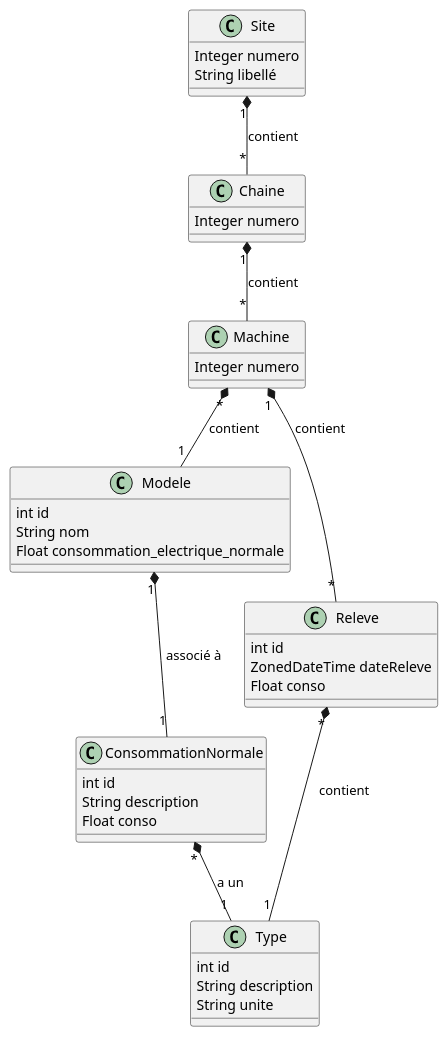
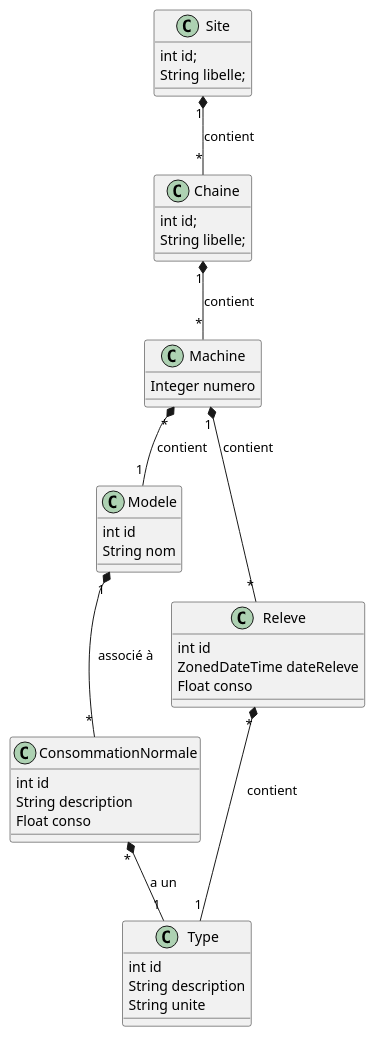
The diagram in schemas/diagramme_classes.wsd (AlexGit2019/WorkshopI2), drawn with PlantUML before and after one commit. The commit also changed 11 other files, not shown here.

```diff
--- a/schemas/diagramme_classes.wsd
+++ b/schemas/diagramme_classes.wsd
@@ -1,40 +1,40 @@
 @startuml
 class Site {
-  Integer numero
-  String libellé
+    int id;
+    String libelle;
 }
 class Chaine {
-  Integer numero
+    int id;
+    String libelle;
 }
 class Machine {
   Integer numero
 }
 class Modele {
   int id
   String nom
-  Float consommation_electrique_normale
 }
 class Releve {
   int id
   ZonedDateTime dateReleve
   Float conso
 }
 class ConsommationNormale {
   int id
   String description
   Float conso
 }
 class Type {
   int id
   String description
   String unite
 }
 
 Site "1" *-- "*" Chaine : contient
 Chaine "1" *-- "*" Machine: contient
 Machine "*" *-- "1" Modele: contient
 Machine "1" *-- "*" Releve: contient
 Releve "*" *-- "1" Type: contient
 ConsommationNormale "*" *-- "1" Type: a un
-Modele "1" *-- "1" ConsommationNormale: associé à
+Modele "1" *-- "*" ConsommationNormale: associé à
 @enduml
```
